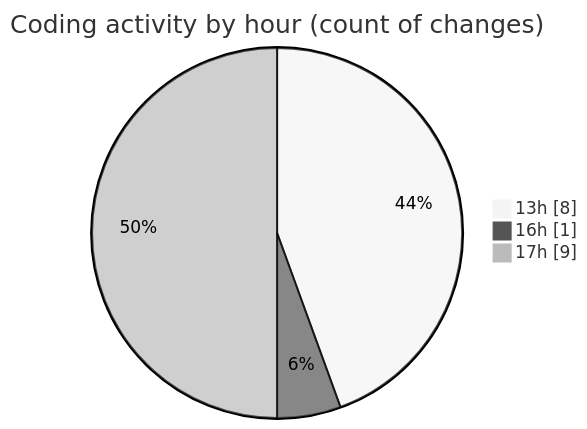
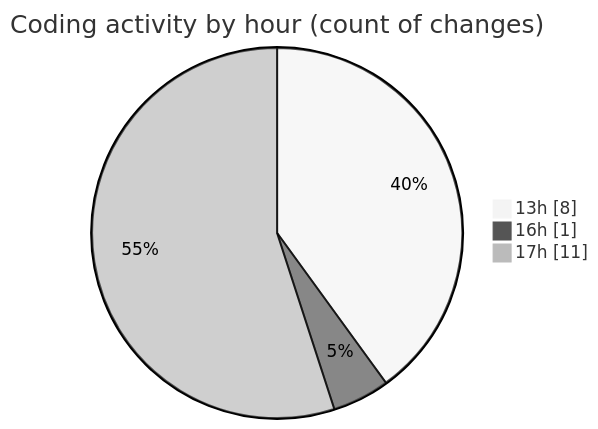
One commit to EIIisD/code-tracking changed the second of 2 diagrams in 2025-08-24/chatgpt-extension/README.md. Above: the diagram before and after it, drawn with Mermaid (neutral theme). The commit also changed other lines of this file and 1 other file, not shown here.

````diff
--- a/2025-08-24/chatgpt-extension/README.md
+++ b/2025-08-24/chatgpt-extension/README.md
@@ -34,7 +34,7 @@
 ```mermaid
 pie showData
 title Coding activity by hour (count of changes)
 "13h" : 8
 "16h" : 1
-"17h" : 9
+"17h" : 11
 ```
````
